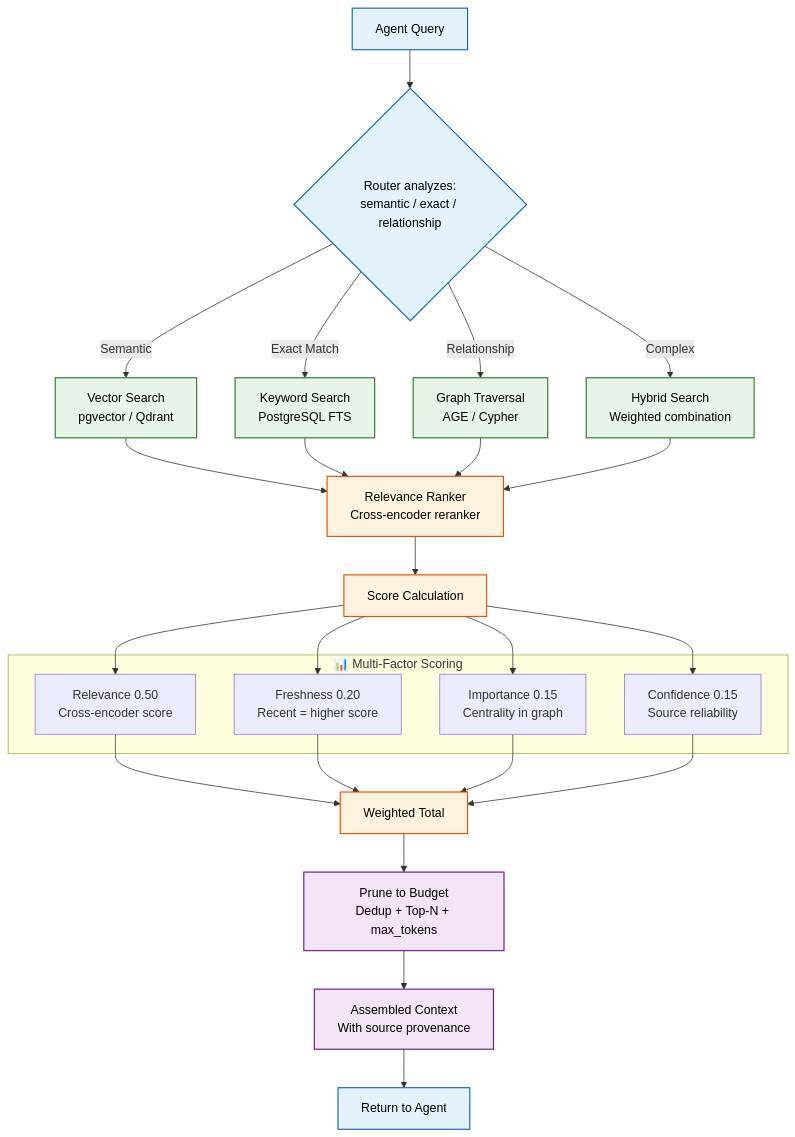
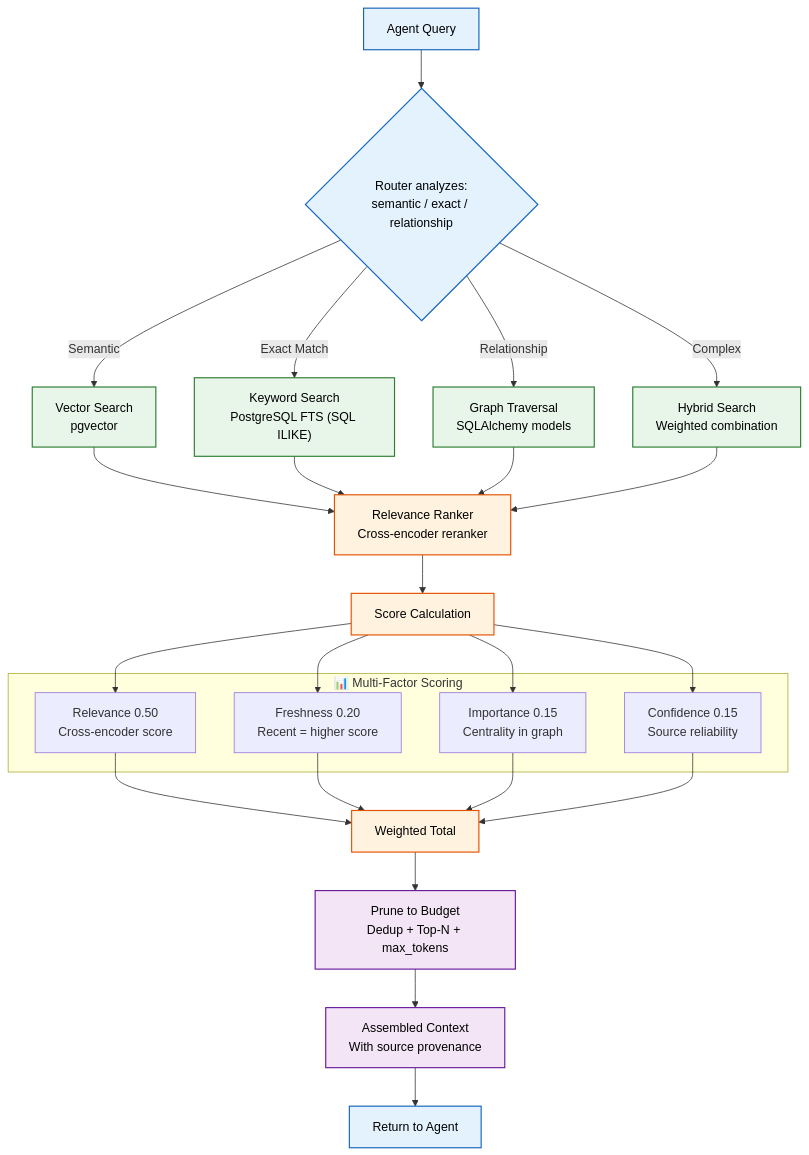
One commit to Driftloom/Vaeloom changed the first of 2 diagrams in docs/ai/RAG.md. Above: the diagram before and after it, drawn with Mermaid. The commit also changed other lines of this file and 159 other files, not shown here.

````diff
--- a/docs/ai/RAG.md
+++ b/docs/ai/RAG.md
@@ -34,38 +49,38 @@
 ```mermaid
 graph TD
     classDef query fill:#e3f2fd,stroke:#1565c0,color:#000,stroke-width:1.5px
     classDef search fill:#e8f5e9,stroke:#2e7d32,color:#000,stroke-width:1.5px
     classDef rank fill:#fff3e0,stroke:#e65100,color:#000,stroke-width:1.5px
     classDef assemble fill:#f3e5f5,stroke:#6a1b9a,color:#000,stroke-width:1.5px
 
     Q["Agent Query"] --> ROUTER{"Router analyzes:<br/>semantic / exact / relationship"}
 
-    ROUTER -->|Semantic| VS["Vector Search<br/>pgvector / Qdrant"]
-    ROUTER -->|Exact Match| KS["Keyword Search<br/>PostgreSQL FTS"]
-    ROUTER -->|Relationship| GT["Graph Traversal<br/>AGE / Cypher"]
+    ROUTER -->|Semantic| VS["Vector Search<br/>pgvector"]
+    ROUTER -->|Exact Match| KS["Keyword Search<br/>PostgreSQL FTS (SQL ILIKE)"]
+    ROUTER -->|Relationship| GT["Graph Traversal<br/>SQLAlchemy models"]
     ROUTER -->|Complex| HY["Hybrid Search<br/>Weighted combination"]
 
     VS & KS & GT & HY --> RANK["Relevance Ranker<br/>Cross-encoder reranker"]
     RANK --> SCORE["Score Calculation"]
 
     subgraph Scores["📊 Multi-Factor Scoring"]
         S1["Relevance 0.50<br/>Cross-encoder score"]
         S2["Freshness 0.20<br/>Recent = higher score"]
         S3["Importance 0.15<br/>Centrality in graph"]
         S4["Confidence 0.15<br/>Source reliability"]
     end
 
     SCORE --> S1 & S2 & S3 & S4
     S1 & S2 & S3 & S4 --> TOTAL["Weighted Total"]
     TOTAL --> PRUNE["Prune to Budget<br/>Dedup + Top-N + max_tokens"]
     PRUNE --> ASSEMBLE["Assembled Context<br/>With source provenance"]
     ASSEMBLE --> AGENT["Return to Agent"]
 
     class Q,ROUTER query
     class VS,KS,GT,HY search
     class RANK,SCORE,TOTAL rank
     class PRUNE,ASSEMBLE assemble
     class AGENT query
     class S1,S2,S3,S4 score
 
 ```
````
